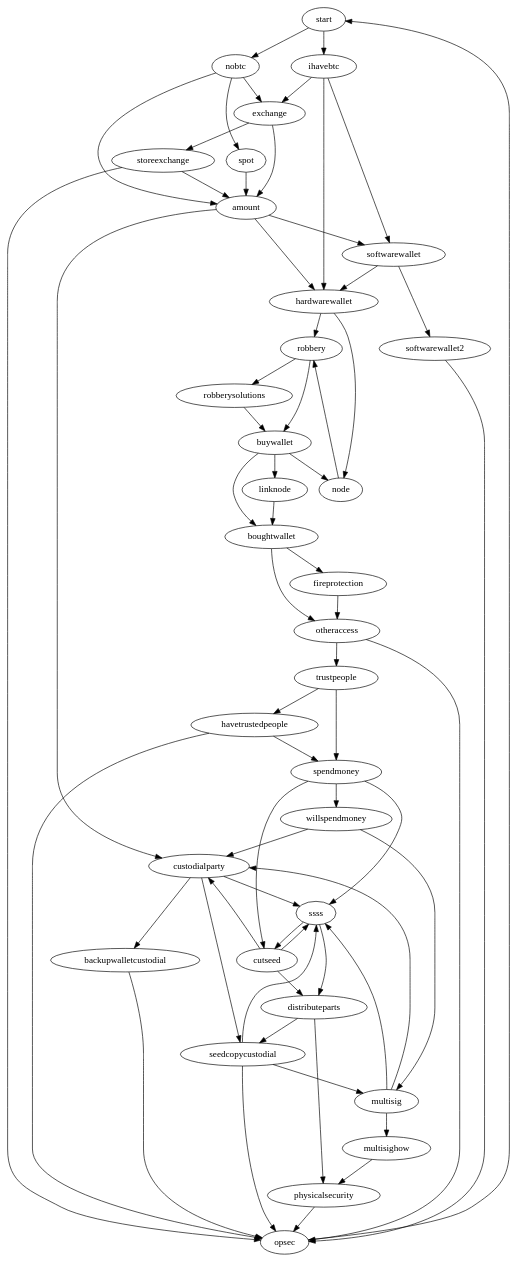
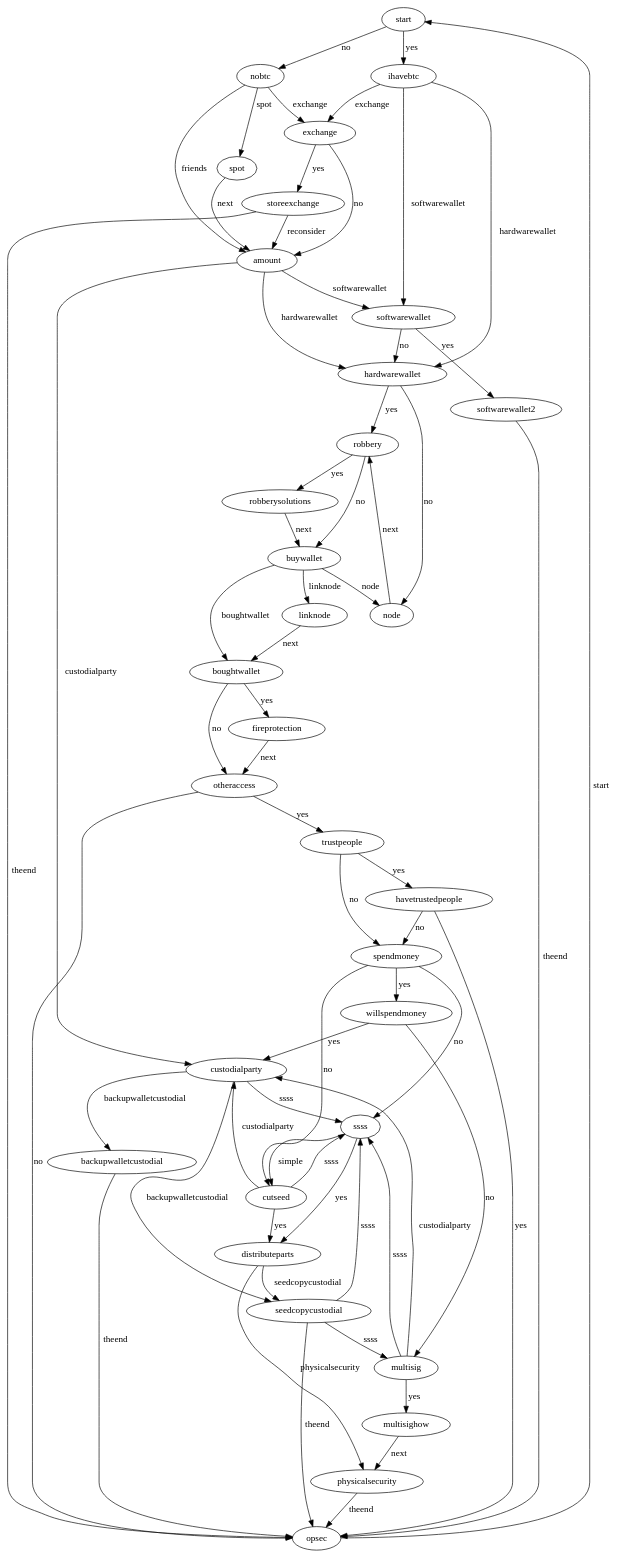
The diagram in graph.gv (storingbitcoin-info/website), drawn with Graphviz before and after one commit. The commit also changed 2 other files, not shown here.

Commit message:
Add desc to edges, update graph

```diff
--- a/graph.gv
+++ b/graph.gv
@@ -1,102 +1,102 @@
 digraph G {
   #rankdir=LR;
   overlap=false
   splines=true
   tailclip=false
   headclip=false
 _start [label="start"]
-_start -> _nobtc
-_start -> _ihavebtc
+_start -> _nobtc [label="no"]
+_start -> _ihavebtc [label="yes"]
 _ihavebtc [label="ihavebtc"]
-_ihavebtc -> _exchange
-_ihavebtc -> _hardwarewallet
-_ihavebtc -> _softwarewallet
+_ihavebtc -> _exchange [label="exchange"]
+_ihavebtc -> _hardwarewallet [label="hardwarewallet"]
+_ihavebtc -> _softwarewallet [label="softwarewallet"]
 _nobtc [label="nobtc"]
-_nobtc -> _spot
-_nobtc -> _amount
-_nobtc -> _exchange
+_nobtc -> _spot [label="spot"]
+_nobtc -> _amount [label="friends"]
+_nobtc -> _exchange [label="exchange"]
 _spot [label="spot"]
-_spot -> _amount
+_spot -> _amount [label="next"]
 _exchange [label="exchange"]
-_exchange -> _storeexchange
-_exchange -> _amount
+_exchange -> _storeexchange [label="yes"]
+_exchange -> _amount [label="no"]
 _amount [label="amount"]
-_amount -> _softwarewallet
-_amount -> _hardwarewallet
-_amount -> _custodialparty
+_amount -> _softwarewallet [label="softwarewallet"]
+_amount -> _hardwarewallet [label="hardwarewallet"]
+_amount -> _custodialparty [label="custodialparty"]
 _storeexchange [label="storeexchange"]
-_storeexchange -> _amount
-_storeexchange -> _opsec
+_storeexchange -> _amount [label="reconsider"]
+_storeexchange -> _opsec [label="theend"]
 _softwarewallet [label="softwarewallet"]
-_softwarewallet -> _softwarewallet2
-_softwarewallet -> _hardwarewallet
+_softwarewallet -> _softwarewallet2 [label="yes"]
+_softwarewallet -> _hardwarewallet [label="no"]
 _softwarewallet2 [label="softwarewallet2"]
-_softwarewallet2 -> _opsec
+_softwarewallet2 -> _opsec [label="theend"]
 _hardwarewallet [label="hardwarewallet"]
-_hardwarewallet -> _robbery
-_hardwarewallet -> _node
+_hardwarewallet -> _robbery [label="yes"]
+_hardwarewallet -> _node [label="no"]
 _node [label="node"]
-_node -> _robbery
+_node -> _robbery [label="next"]
 _robbery [label="robbery"]
-_robbery -> _robberysolutions
-_robbery -> _buywallet
+_robbery -> _robberysolutions [label="yes"]
+_robbery -> _buywallet [label="no"]
 _robberysolutions [label="robberysolutions"]
-_robberysolutions -> _buywallet
+_robberysolutions -> _buywallet [label="next"]
 _buywallet [label="buywallet"]
-_buywallet -> _linknode
-_buywallet -> _boughtwallet
-_buywallet -> _node
+_buywallet -> _linknode [label="linknode"]
+_buywallet -> _boughtwallet [label="boughtwallet"]
+_buywallet -> _node [label="node"]
 _linknode [label="linknode"]
-_linknode -> _boughtwallet
+_linknode -> _boughtwallet [label="next"]
 _boughtwallet [label="boughtwallet"]
-_boughtwallet -> _fireprotection
-_boughtwallet -> _otheraccess
+_boughtwallet -> _fireprotection [label="yes"]
+_boughtwallet -> _otheraccess [label="no"]
 _fireprotection [label="fireprotection"]
-_fireprotection -> _otheraccess
+_fireprotection -> _otheraccess [label="next"]
 _otheraccess [label="otheraccess"]
-_otheraccess -> _trustpeople
-_otheraccess -> _opsec
+_otheraccess -> _trustpeople [label="yes"]
+_otheraccess -> _opsec [label="no"]
 _trustpeople [label="trustpeople"]
-_trustpeople -> _havetrustedpeople
-_trustpeople -> _spendmoney
+_trustpeople -> _havetrustedpeople [label="yes"]
+_trustpeople -> _spendmoney [label="no"]
 _havetrustedpeople [label="havetrustedpeople"]
-_havetrustedpeople -> _opsec
-_havetrustedpeople -> _spendmoney
+_havetrustedpeople -> _opsec [label="yes"]
+_havetrustedpeople -> _spendmoney [label="no"]
 _spendmoney [label="spendmoney"]
-_spendmoney -> _willspendmoney
-_spendmoney -> _ssss
-_spendmoney -> _cutseed
+_spendmoney -> _willspendmoney [label="yes"]
+_spendmoney -> _ssss [label="no"]
+_spendmoney -> _cutseed [label="no"]
 _willspendmoney [label="willspendmoney"]
-_willspendmoney -> _custodialparty
-_willspendmoney -> _multisig
+_willspendmoney -> _custodialparty [label="yes"]
+_willspendmoney -> _multisig [label="no"]
 _ssss [label="ssss"]
-_ssss -> _distributeparts
-_ssss -> _cutseed
+_ssss -> _distributeparts [label="yes"]
+_ssss -> _cutseed [label="simple"]
 _cutseed [label="cutseed"]
-_cutseed -> _distributeparts
-_cutseed -> _ssss
-_cutseed -> _custodialparty
+_cutseed -> _distributeparts [label="yes"]
+_cutseed -> _ssss [label="ssss"]
+_cutseed -> _custodialparty [label="custodialparty"]
 _custodialparty [label="custodialparty"]
-_custodialparty -> _backupwalletcustodial
-_custodialparty -> _seedcopycustodial
-_custodialparty -> _ssss
+_custodialparty -> _backupwalletcustodial [label="backupwalletcustodial"]
+_custodialparty -> _seedcopycustodial [label="backupwalletcustodial"]
+_custodialparty -> _ssss [label="ssss"]
 _multisig [label="multisig"]
-_multisig -> _multisighow
-_multisig -> _custodialparty
-_multisig -> _ssss
+_multisig -> _multisighow [label="yes"]
+_multisig -> _custodialparty [label="custodialparty"]
+_multisig -> _ssss [label="ssss"]
 _distributeparts [label="distributeparts"]
-_distributeparts -> _physicalsecurity
-_distributeparts -> _seedcopycustodial
+_distributeparts -> _physicalsecurity [label="physicalsecurity"]
+_distributeparts -> _seedcopycustodial [label="seedcopycustodial"]
 _backupwalletcustodial [label="backupwalletcustodial"]
-_backupwalletcustodial -> _opsec
+_backupwalletcustodial -> _opsec [label="theend"]
 _seedcopycustodial [label="seedcopycustodial"]
-_seedcopycustodial -> _opsec
-_seedcopycustodial -> _multisig
-_seedcopycustodial -> _ssss
+_seedcopycustodial -> _opsec [label="theend"]
+_seedcopycustodial -> _multisig [label="ssss"]
+_seedcopycustodial -> _ssss [label="ssss"]
 _multisighow [label="multisighow"]
-_multisighow -> _physicalsecurity
+_multisighow -> _physicalsecurity [label="next"]
 _physicalsecurity [label="physicalsecurity"]
-_physicalsecurity -> _opsec
+_physicalsecurity -> _opsec [label="theend"]
 _opsec [label="opsec"]
-_opsec -> _start
+_opsec -> _start [label="start"]
 }
```
